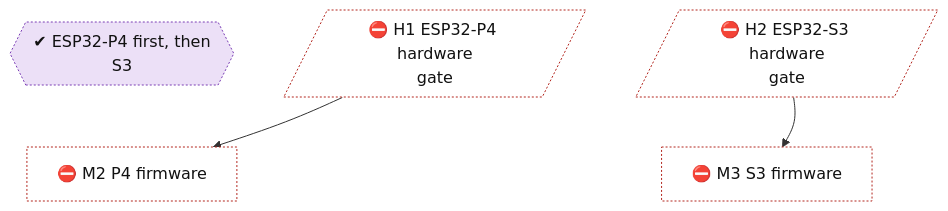
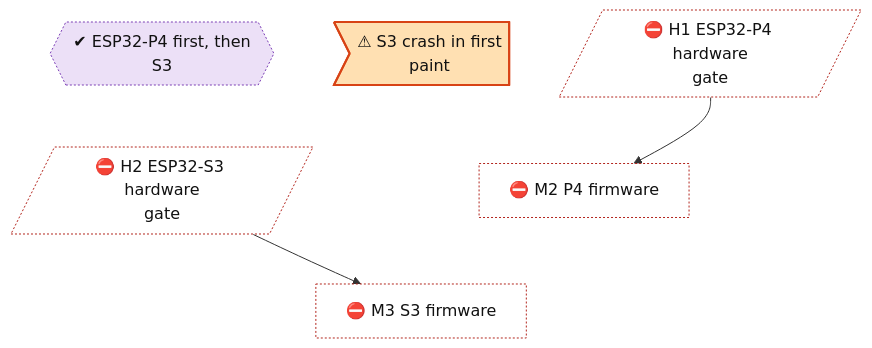
Before and after one commit to lhns/embedded-browser: the diagram in docs/roadmap/tracks/plat.md, drawn with Mermaid. The commit also changed other lines of this file and 8 other files, not shown here.

Commit message:
M0 decision: go with Blitz; accept ADR 0002, fork-only patch policy, S3 paint-crash defect

````diff
--- a/docs/roadmap/tracks/plat.md
+++ b/docs/roadmap/tracks/plat.md
@@ -10,29 +10,33 @@
 ```mermaid
 flowchart TB
     plat_boards_p4_first{{"✔ ESP32-P4 first, then<br/>S3"}}
+    plat_defect_s3_paint_crash>"⚠ S3 crash in first<br/>paint"]
     plat_h1_p4_gate[/"⛔ H1 ESP32-P4 hardware<br/>gate"/]
     plat_h2_s3_gate[/"⛔ H2 ESP32-S3 hardware<br/>gate"/]
     plat_m2_p4_firmware["⛔ M2 P4 firmware"]
     plat_m3_s3_firmware["⛔ M3 S3 firmware"]
-    plat_boards_p4_first ~~~ plat_m2_p4_firmware
-    plat_h1_p4_gate ~~~ plat_m3_s3_firmware
+    plat_boards_p4_first ~~~ plat_h2_s3_gate
+    plat_defect_s3_paint_crash ~~~ plat_m2_p4_firmware
+    plat_h1_p4_gate ~~~ plat_m2_p4_firmware
     plat_h2_s3_gate ~~~ plat_m3_s3_firmware
+    plat_m2_p4_firmware ~~~ plat_m3_s3_firmware
     plat_h1_p4_gate --> plat_m2_p4_firmware
     plat_h2_s3_gate --> plat_m3_s3_firmware
     classDef vsucc fill:#2e9e4f,stroke:#1b6b34,color:#fff
     classDef succ fill:#bfe8c8,stroke:#2e9e4f,color:#111
     classDef mixed fill:#ffd37a,stroke:#c98a00,color:#111
     classDef bad fill:#f28b82,stroke:#b3261e,color:#111
     classDef dead fill:#e6e6e6,stroke:#777,stroke-dasharray:5 5,color:#555
     classDef inprog fill:#a8cdf5,stroke:#1f6fc5,color:#111
     classDef next fill:#fff,stroke:#333,color:#111
     classDef blocked fill:#fff,stroke:#b3261e,stroke-dasharray:2 2,color:#111
     classDef parked fill:#f3f3f3,stroke:#999,color:#555
     classDef unrated fill:#fff,stroke:#333,stroke-dasharray:1 3,color:#111
     classDef gate fill:#d9c2f0,stroke:#7b3fb5,color:#111
     classDef decided fill:#ece0f7,stroke:#7b3fb5,stroke-dasharray:2 2,color:#111
     classDef finding fill:#ffe0b2,stroke:#d84315,stroke-width:2px,color:#111
     classDef waiting fill:#e3f2fd,stroke:#1f6fc5,stroke-dasharray:5 5,color:#111
     class plat_boards_p4_first decided
+    class plat_defect_s3_paint_crash finding
     class plat_h1_p4_gate,plat_h2_s3_gate,plat_m2_p4_firmware,plat_m3_s3_firmware blocked
 ```
````
